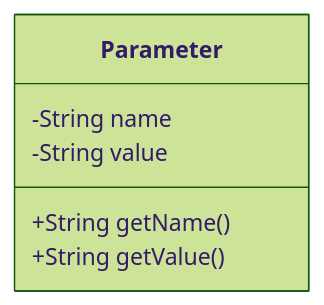
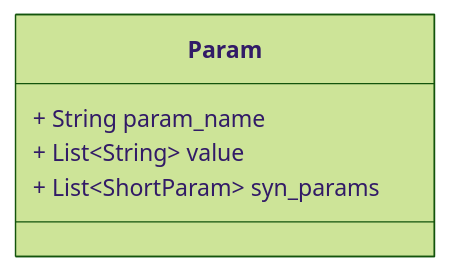
The third of 8 diagrams in Архитектура.md (pechkaeltsin/market2ksr), drawn with Mermaid (forest theme) before and after one commit. The commit also changed other lines of this file and 9 other files, not shown here.

````diff
--- a/Архитектура.md
+++ b/Архитектура.md
@@ -65,9 +149,8 @@
 ```mermaid
 classDiagram
-    class Parameter {
-        -String name
-        -String value
-        +String getName()
-        +String getValue()
-    }
+class Param{
+            + String param_name
+            + List~String~ value
+            + List~ShortParam~ syn_params
+        }
 ```
````
